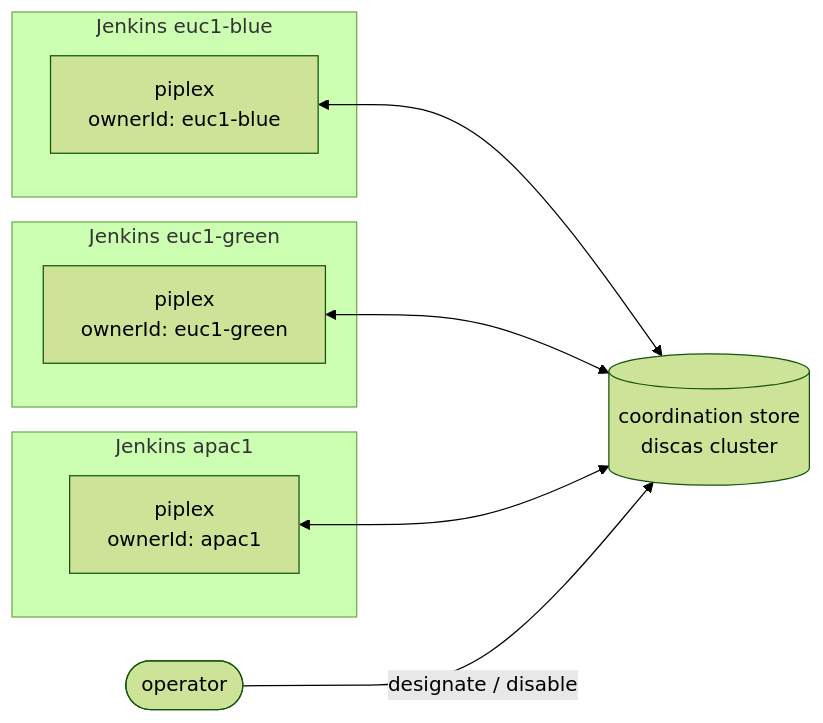
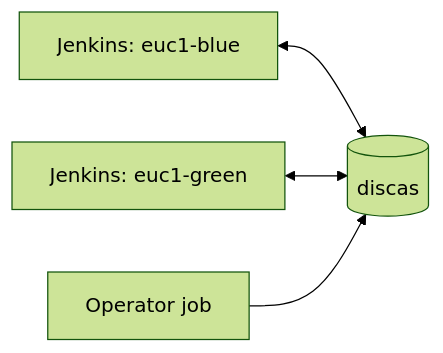
The diagram in docs/README.md (green4j/piplex), drawn with Mermaid (forest theme) before and after one commit. The commit also changed other lines of this file and 100 other files, not shown here.

````diff
--- a/docs/README.md
+++ b/docs/README.md
@@ -23,20 +23,6 @@
 ```mermaid
 flowchart LR
-    subgraph blue["Jenkins euc1-blue"]
-        PB["piplex<br/>ownerId: euc1-blue"]
-    end
-    subgraph green["Jenkins euc1-green"]
-        PG["piplex<br/>ownerId: euc1-green"]
-    end
-    subgraph apac["Jenkins apac1"]
-        PA["piplex<br/>ownerId: apac1"]
-    end
-
-    STORE[("coordination store<br/>discas cluster")]
-
-    PB <--> STORE
-    PG <--> STORE
-    PA <--> STORE
-
-    OPS(["operator"]) -- "designate / disable" --> STORE
+    Blue["Jenkins: euc1-blue"] <--> Store[("discas")]
+    Green["Jenkins: euc1-green"] <--> Store
+    Operator["Operator job"] --> Store
 ```
````
